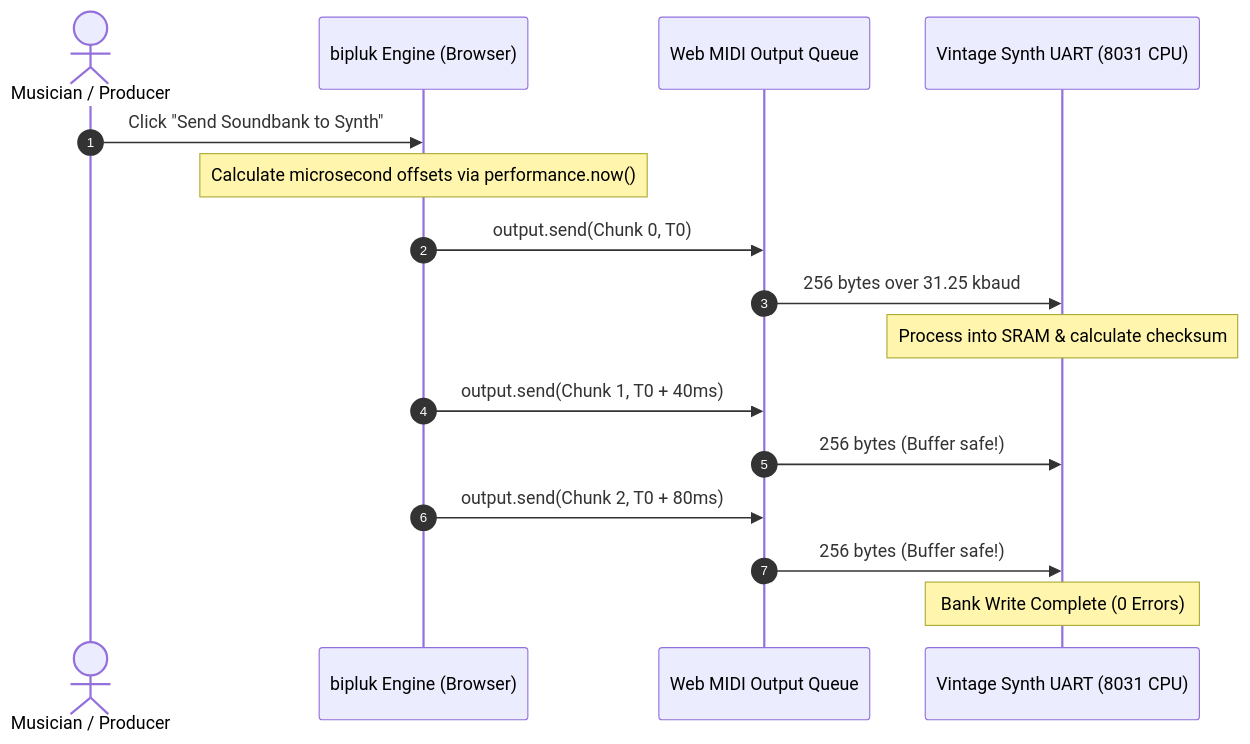
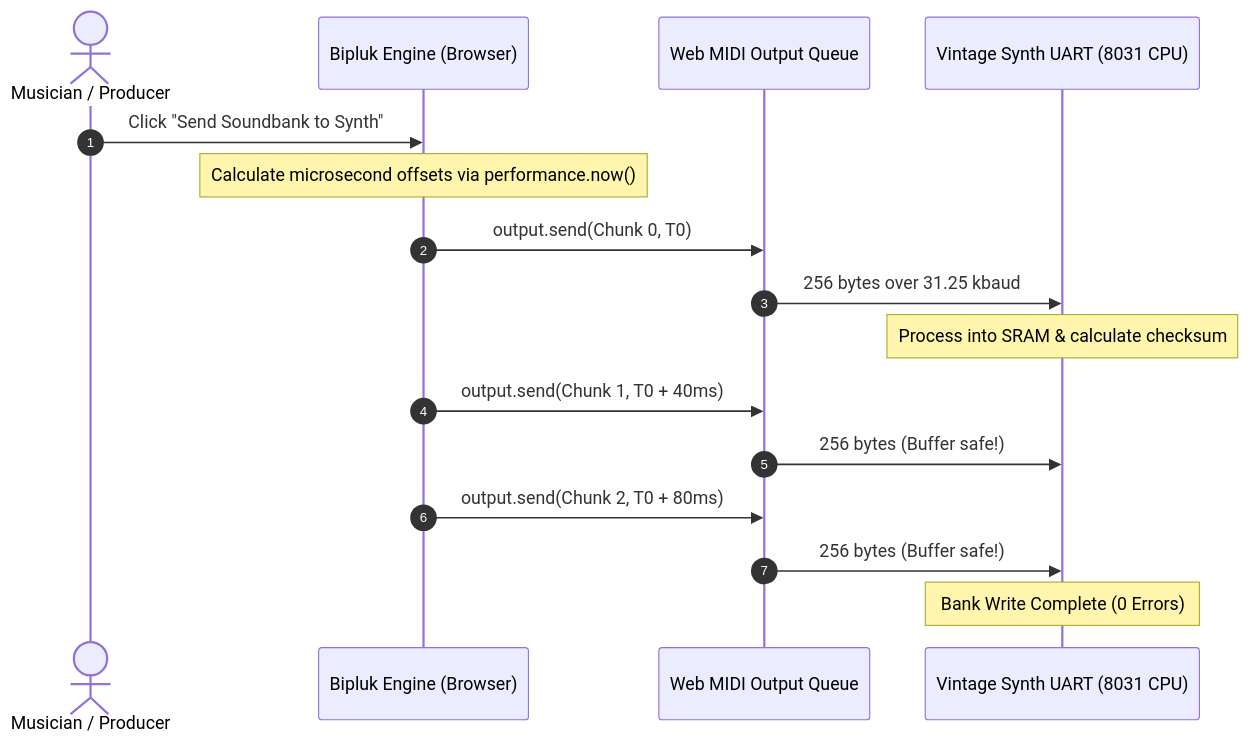
One commit to maxcomperatore/bipluk changed the fourth of 4 diagrams in README.md. Above: the diagram before and after it, drawn with Mermaid. The commit also changed other lines of this file and 3 other files, not shown here.

````diff
--- a/README.md
+++ b/README.md
@@ -412,19 +412,19 @@
 ```mermaid
 sequenceDiagram
     autonumber
     actor User as Musician / Producer
-    participant Browser as bipluk Engine (Browser)
+    participant Browser as Bipluk Engine (Browser)
     participant Driver as Web MIDI Output Queue
     participant Synth as Vintage Synth UART (8031 CPU)
 
     User->>Browser: Click "Send Soundbank to Synth"
     Note over Browser: Calculate microsecond offsets via performance.now()
     Browser->>Driver: output.send(Chunk 0, T0)
     Driver->>Synth: 256 bytes over 31.25 kbaud
     Note over Synth: Process into SRAM & calculate checksum
     Browser->>Driver: output.send(Chunk 1, T0 + 40ms)
     Driver->>Synth: 256 bytes (Buffer safe!)
     Browser->>Driver: output.send(Chunk 2, T0 + 80ms)
     Driver->>Synth: 256 bytes (Buffer safe!)
     Note over Synth: Bank Write Complete (0 Errors)
 ```
````
